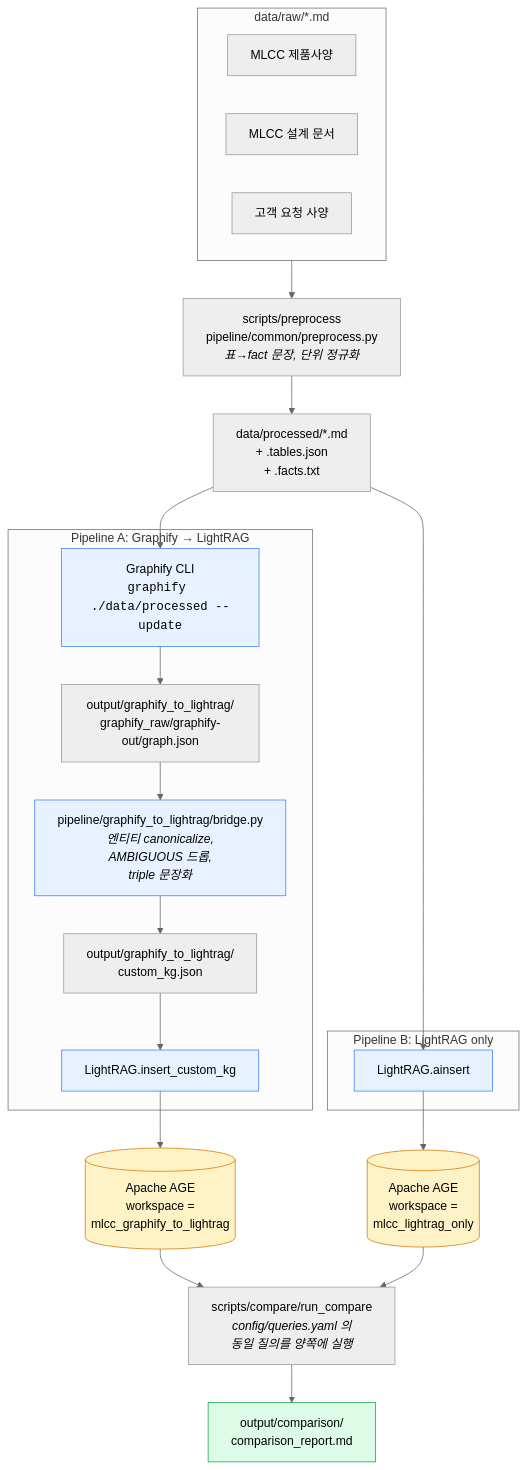
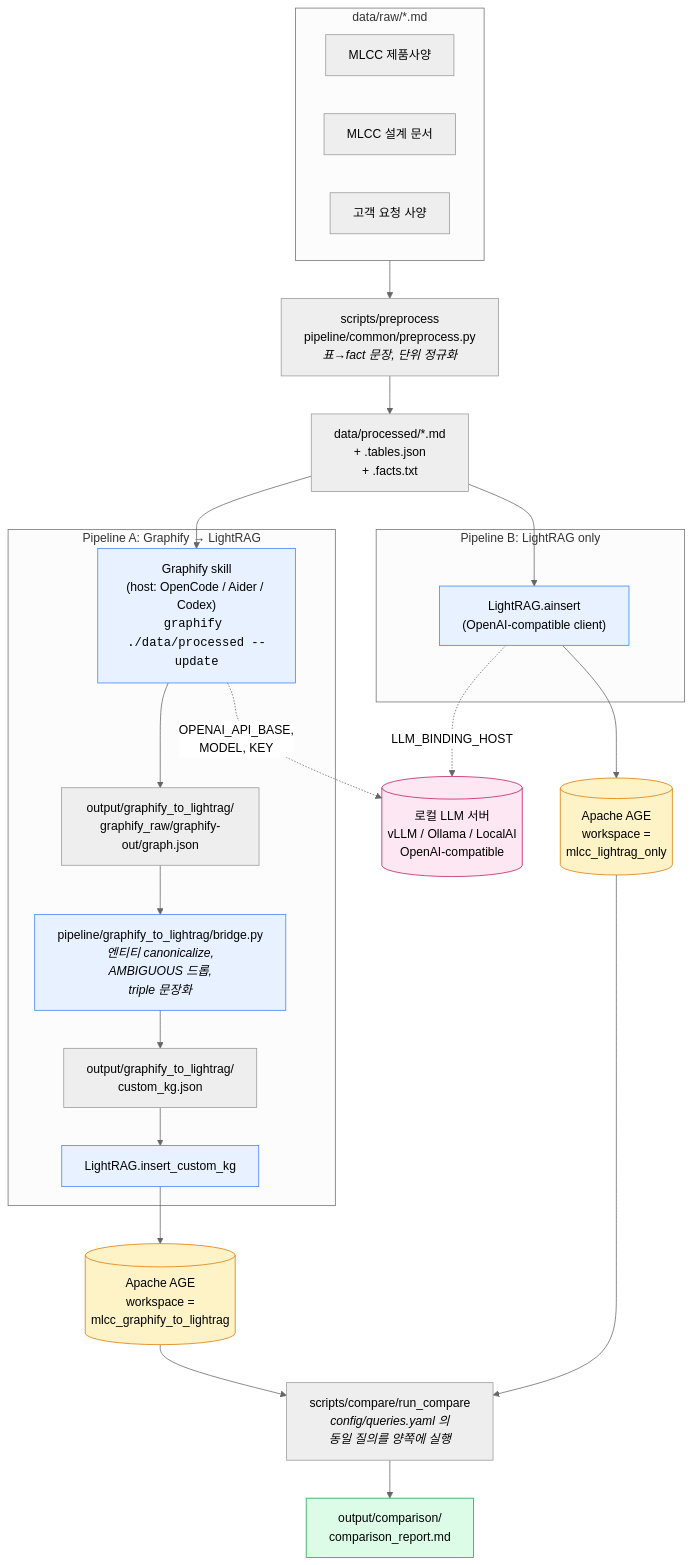
One commit to ujajuck/mlcc_graph_poc changed the diagram in README.md. Above: the diagram before and after it, drawn with Mermaid (neutral theme). The commit also changed other lines of this file and 5 other files, not shown here.

````diff
--- a/README.md
+++ b/README.md
@@ -16,39 +16,44 @@
 ```mermaid
 flowchart TD
     subgraph INPUT["data/raw/*.md"]
         R1[MLCC 제품사양]
         R2[MLCC 설계 문서]
         R3[고객 요청 사양]
     end
 
     INPUT --> PRE["scripts/preprocess<br/>pipeline/common/preprocess.py<br/><i>표→fact 문장, 단위 정규화</i>"]
 
     PRE --> PROCESSED["data/processed/*.md<br/>+ .tables.json<br/>+ .facts.txt"]
 
-    PROCESSED --> A1["Graphify CLI<br/><code>graphify ./data/processed --update</code>"]
-    PROCESSED --> B1["LightRAG.ainsert"]
+    PROCESSED --> A1["Graphify skill<br/>(host: OpenCode / Aider / Codex)<br/><code>graphify ./data/processed --update</code>"]
+    PROCESSED --> B1["LightRAG.ainsert<br/>(OpenAI-compatible client)"]
+
+    LLM[("로컬 LLM 서버<br/>vLLM / Ollama / LocalAI<br/>OpenAI-compatible")]:::llm
+    A1 -.->|OPENAI_API_BASE,<br/>MODEL, KEY| LLM
+    B1 -.->|LLM_BINDING_HOST| LLM
 
     subgraph PIPE_A["Pipeline A: Graphify → LightRAG"]
         A1 --> A2["output/graphify_to_lightrag/<br/>graphify_raw/graphify-out/graph.json"]
         A2 --> A3["pipeline/graphify_to_lightrag/bridge.py<br/><i>엔티티 canonicalize,<br/>AMBIGUOUS 드롭,<br/>triple 문장화</i>"]
         A3 --> A4["output/graphify_to_lightrag/<br/>custom_kg.json"]
         A4 --> A5["LightRAG.insert_custom_kg"]
     end
 
     subgraph PIPE_B["Pipeline B: LightRAG only"]
         B1
     end
 
     A5 --> AGE_A[("Apache AGE<br/>workspace =<br/>mlcc_graphify_to_lightrag")]
     B1 --> AGE_B[("Apache AGE<br/>workspace =<br/>mlcc_lightrag_only")]
 
     AGE_A & AGE_B --> CMP["scripts/compare/run_compare<br/><i>config/queries.yaml 의<br/>동일 질의를 양쪽에 실행</i>"]
     CMP --> REPORT["output/comparison/<br/>comparison_report.md"]
 
     classDef ingest fill:#e8f1ff,stroke:#3b82f6
     classDef storage fill:#fef3c7,stroke:#d97706
     classDef output fill:#dcfce7,stroke:#16a34a
+    classDef llm fill:#fce7f3,stroke:#be185d
     class A1,A3,A5,B1 ingest
     class AGE_A,AGE_B storage
     class REPORT output
 ```
````
